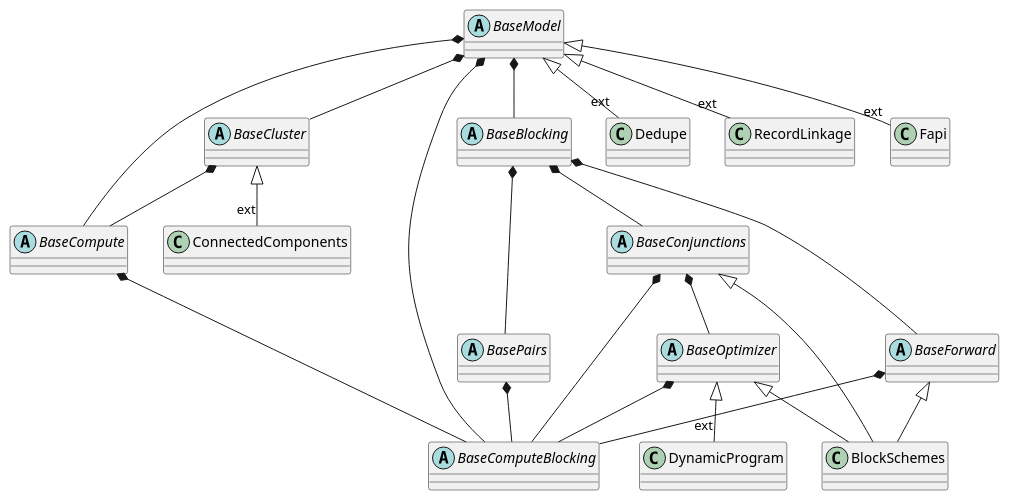
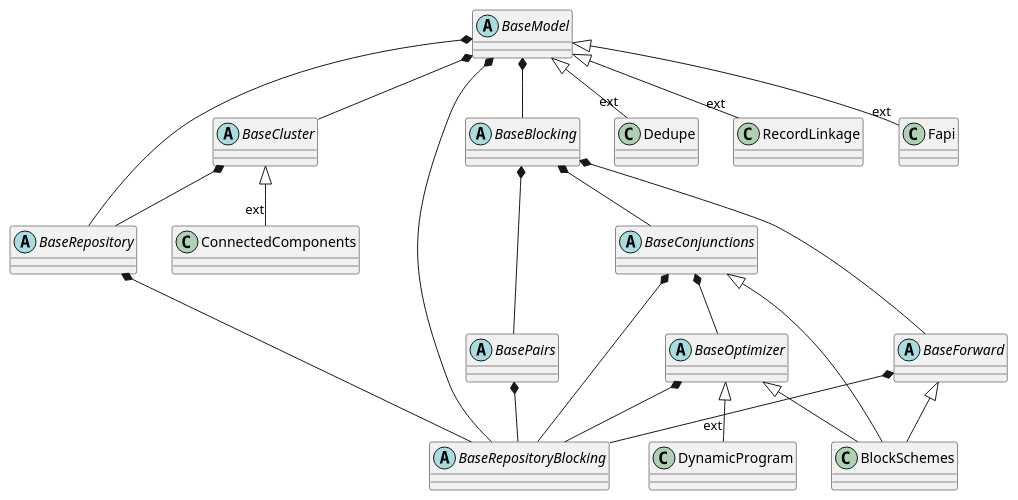
The diagram in references/full.puml (chansooligans/oagdedupe), drawn with PlantUML before and after one commit. The commit also changed 17 other files, not shown here.

Commit message:
rename from compute to repository

```diff
--- a/references/full.puml
+++ b/references/full.puml
@@ -1,55 +1,55 @@
 @startuml Class Hierarchy
 
 '---------------------Abstract Nodes------------------------------'
 
 abstract class BaseModel
 
 'compute'
-abstract class BaseCompute
-abstract class BaseComputeBlocking
+abstract class BaseRepository
+abstract class BaseRepositoryBlocking
 
 'blocking'
 abstract class BaseBlocking
 abstract class BaseForward
 abstract class BaseConjunctions
 abstract class BasePairs
 abstract class BaseOptimizer
 
 'clustering'
 abstract class BaseCluster
 
 '---------------------Edges------------------------------'
 
 'api'
 BaseModel <|-- "ext" Dedupe
 BaseModel <|-- "ext" RecordLinkage
 BaseModel <|-- "ext" Fapi
-BaseModel *-- BaseCompute
-BaseModel *-- BaseComputeBlocking
+BaseModel *-- BaseRepository
+BaseModel *-- BaseRepositoryBlocking
 BaseModel *-- BaseBlocking
 BaseModel *-- BaseCluster
 
 'blocking
 BaseBlocking *-- BaseForward
 BaseBlocking *-- BasePairs
 BaseBlocking *-- BaseConjunctions
 
 BaseConjunctions *-- BaseOptimizer
 BaseOptimizer <|-- "ext" DynamicProgram
 
 BaseForward <|-- BlockSchemes
 BaseConjunctions <|-- BlockSchemes
 BaseOptimizer <|-- BlockSchemes
 
 'clustering
 BaseCluster <|-- "ext" ConnectedComponents
 
 'compute
-BaseCompute *-- BaseComputeBlocking
-BaseForward *-- BaseComputeBlocking
-BasePairs *-- BaseComputeBlocking
-BaseConjunctions *-- BaseComputeBlocking
-BaseOptimizer *-- BaseComputeBlocking
-BaseCluster *-- BaseCompute
+BaseRepository *-- BaseRepositoryBlocking
+BaseForward *-- BaseRepositoryBlocking
+BasePairs *-- BaseRepositoryBlocking
+BaseConjunctions *-- BaseRepositoryBlocking
+BaseOptimizer *-- BaseRepositoryBlocking
+BaseCluster *-- BaseRepository
 
 @enduml
```
